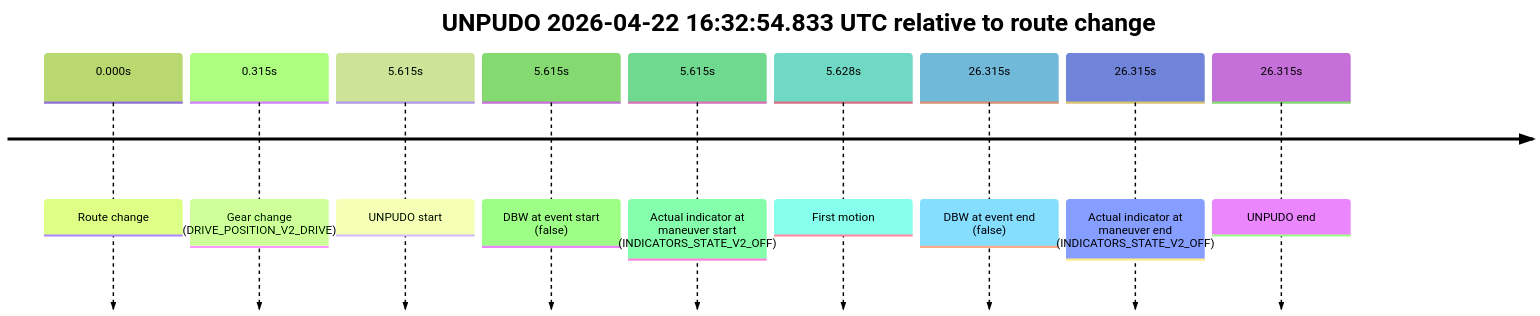
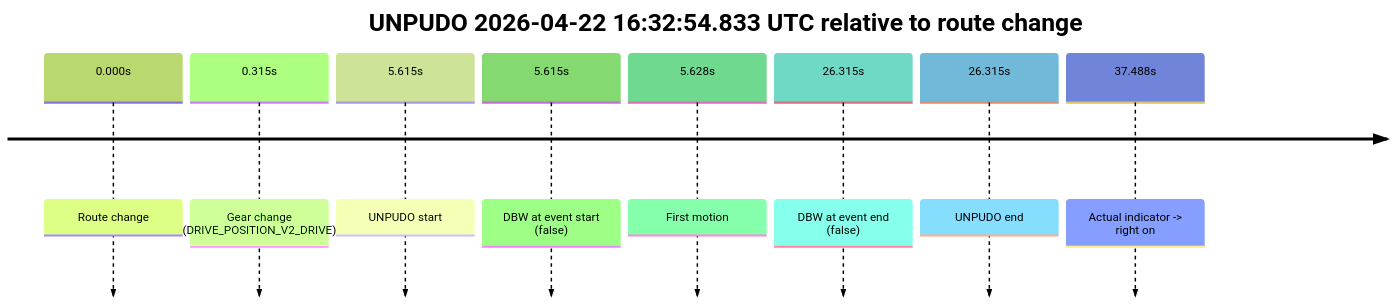
One commit to yoelshapiro/vault changed the second of 5 diagrams in model_analysis/report_cards/2026/04/Week-4/fme10010--2026-04-22--16-09-57--gen2-av-97310301-a8d4-4bb7-87aa-6bf157ad09e8.md. Above: the diagram before and after it, drawn with Mermaid (forest theme). The commit also changed other lines of this file, not shown here.

````diff
--- a/model_analysis/report_cards/2026/04/Week-4/fme10010--2026-04-22--16-09-57--gen2-av-97310301-a8d4-4bb7-87aa-6bf157ad09e8.md
+++ b/model_analysis/report_cards/2026/04/Week-4/fme10010--2026-04-22--16-09-57--gen2-av-97310301-a8d4-4bb7-87aa-6bf157ad09e8.md
@@ -132,13 +143,12 @@
 ```mermaid
 timeline
     title UNPUDO 2026-04-22 16:32:54.833 UTC relative to route change
     0.000s : Route change
     0.315s : Gear change (DRIVE_POSITION_V2_DRIVE)
     5.615s : UNPUDO start
     5.615s : DBW at event start (false)
-    5.615s : Actual indicator at maneuver start (INDICATORS_STATE_V2_OFF)
     5.628s : First motion
     26.315s : DBW at event end (false)
-    26.315s : Actual indicator at maneuver end (INDICATORS_STATE_V2_OFF)
     26.315s : UNPUDO end
+    37.488s : Actual indicator -> right on
 ```
````
